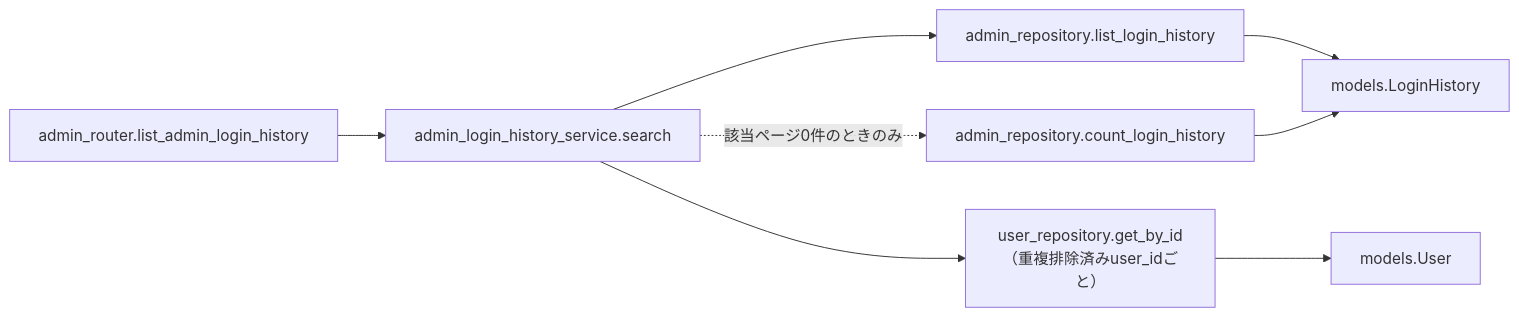
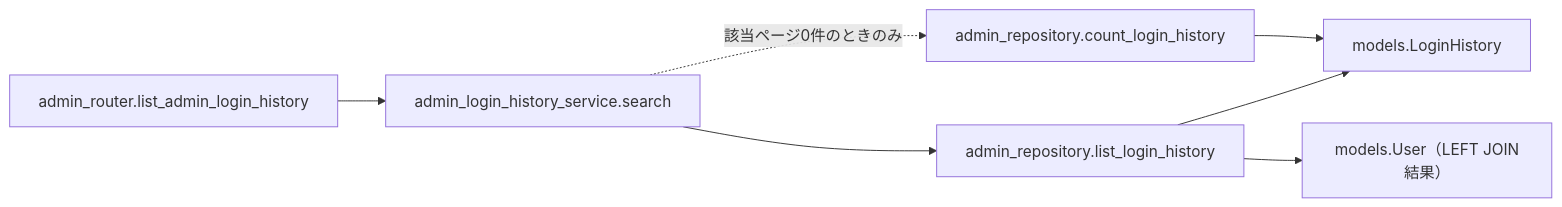
Before and after one commit to oikawa-d/task_management: the third of 4 diagrams in docs/detailed_design/api/admin/07_get_admin_login_history.md, drawn with Mermaid. The commit also changed other lines of this file and 88 other files, not shown here.

````diff
--- a/docs/detailed_design/api/admin/07_get_admin_login_history.md
+++ b/docs/detailed_design/api/admin/07_get_admin_login_history.md
@@ -212,10 +203,9 @@
 ```mermaid
 flowchart LR
     R["admin_router.list_admin_login_history"] --> S["admin_login_history_service.search"]
     S --> LRP1["admin_repository.list_login_history"]
     S -.->|"該当ページ0件のときのみ"| LRP2["admin_repository.count_login_history"]
-    S --> URP["user_repository.get_by_id（重複排除済みuser_idごと）"]
     LRP1 --> M1["models.LoginHistory"]
+    LRP1 --> M2["models.User（LEFT JOIN結果）"]
     LRP2 --> M1
-    URP --> M2["models.User"]
 ```
````
